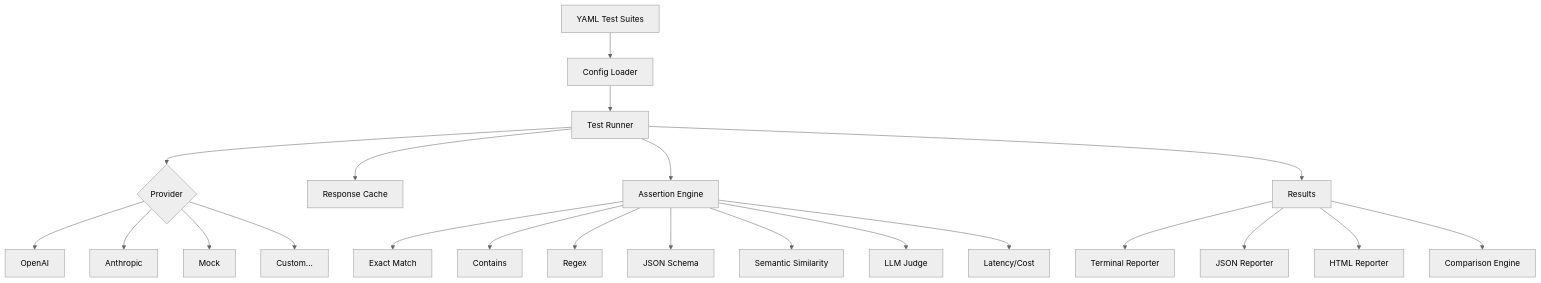
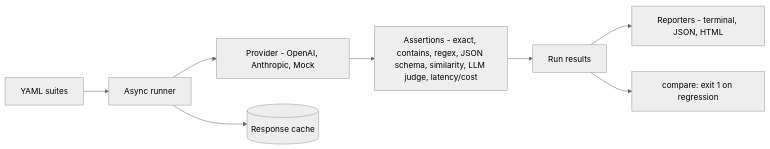
Before and after one commit to SmitHunter/llm-regress: the diagram in README.md, drawn with Mermaid (neutral theme). The commit also changed other lines of this file and 1 other file, not shown here.

````diff
--- a/README.md
+++ b/README.md
@@ -217,27 +256,10 @@
 ```mermaid
-graph TD
-    A[YAML Test Suites] --> B[Config Loader]
-    B --> C[Test Runner]
-    C --> D{Provider}
-    D --> E[OpenAI]
-    D --> F[Anthropic]
-    D --> G[Mock]
-    D --> H[Custom...]
-
-    C --> I[Response Cache]
-    C --> J[Assertion Engine]
-
-    J --> K[Exact Match]
-    J --> L[Contains]
-    J --> M[Regex]
-    J --> N[JSON Schema]
-    J --> O[Semantic Similarity]
-    J --> P[LLM Judge]
-    J --> Q[Latency/Cost]
-
-    C --> R[Results]
-    R --> S[Terminal Reporter]
-    R --> T[JSON Reporter]
-    R --> U[HTML Reporter]
-    R --> V[Comparison Engine]
+flowchart LR
+    Y[YAML suites] --> R[Async runner]
+    R --> P[Provider - OpenAI, Anthropic, Mock]
+    R --> C[(Response cache)]
+    P --> A[Assertions - exact, contains, regex, JSON schema, similarity, LLM judge, latency/cost]
+    A --> Res[Run results]
+    Res --> Rep[Reporters - terminal, JSON, HTML]
+    Res --> Cmp[compare: exit 1 on regression]
 ```
````
